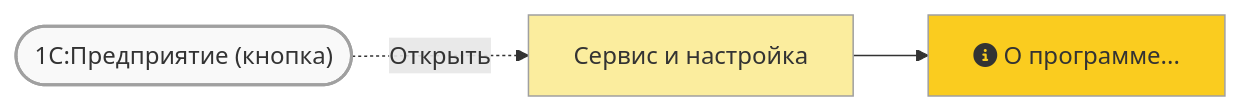
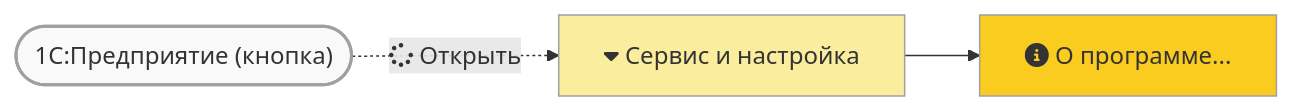
The first of 3 diagrams in faq/crash/main-white-window.md (lugovoe/manual), drawn with Mermaid before and after one commit. The commit also changed other lines of this file, not shown here.

````diff
--- a/faq/crash/main-white-window.md
+++ b/faq/crash/main-white-window.md
@@ -19,11 +19,11 @@
 ``` mermaid
 flowchart LR
-  b1(["1С:Предприятие (кнопка)"]) -. Открыть .-> m1;
-  m1[Сервис и настройка] --> m2;
+  b1(["1С:Предприятие (кнопка)"]) -. fa:fa-spinner Открыть .-> m1;
+  m1[fa:fa-caret-down Сервис и настройка] --> m2;
   m2[fa:fa-info-circle О программе...];
   classDef default fill:#facc1f,stroke:#a0a0a0,stroke-width:1px;
   classDef button fill:#f9f9f9,stroke-width:2px;
   classDef mainmenu fill:#fbed9e;
   class b1 button;
   class m1 mainmenu;
 ```
````
